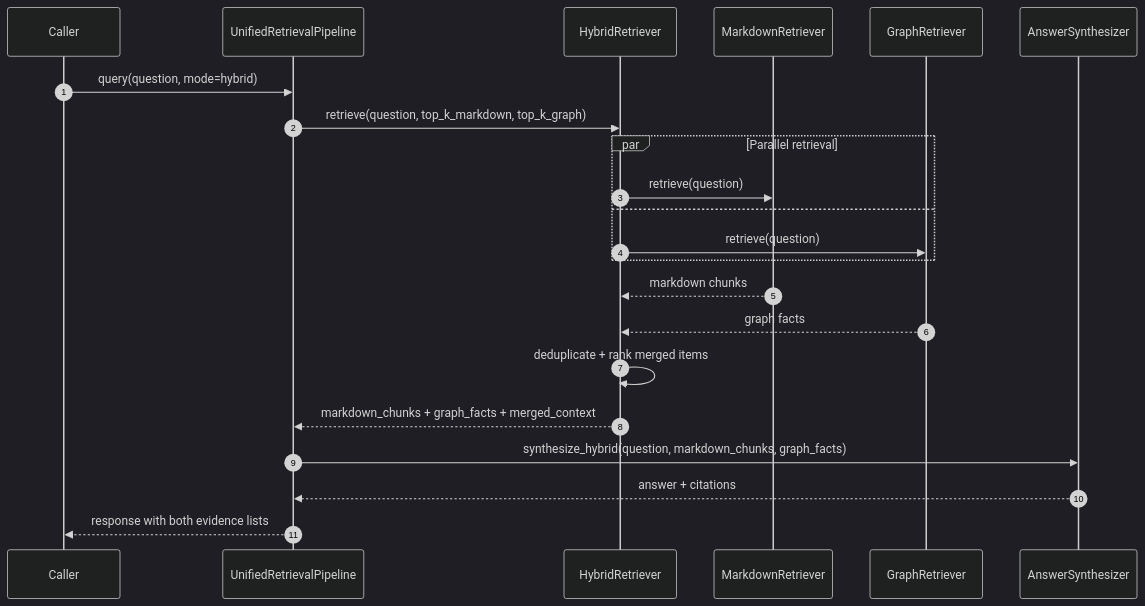
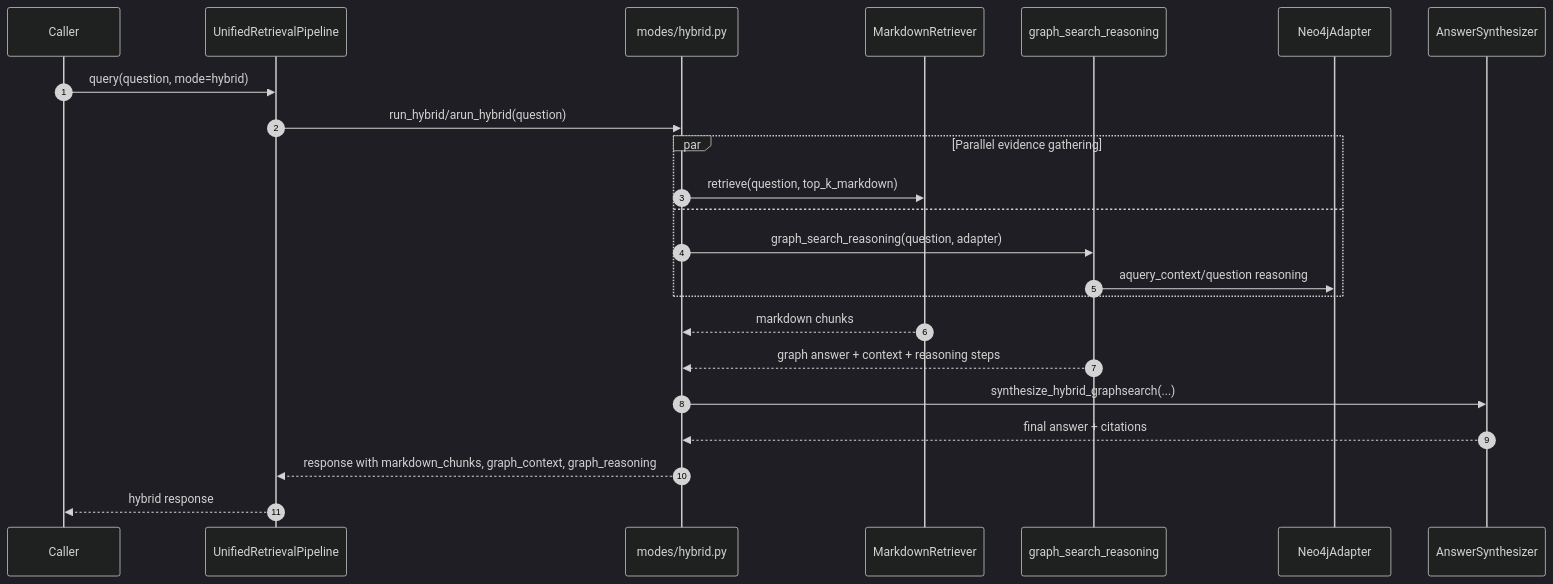
One commit to quyen20345/KGsAuto changed the sixth of 8 diagrams in services/rag_system/README.md. Above: the diagram before and after it, drawn with Mermaid (dark theme). The commit also changed other lines of this file and 9 other files, not shown here.

First line of the commit message:
feat(rag): split public modes and deepen hybrid search

````diff
--- a/services/rag_system/README.md
+++ b/services/rag_system/README.md
@@ -290,25 +300,26 @@
 ```mermaid
 sequenceDiagram
     autonumber
     participant Caller
     participant Pipeline as UnifiedRetrievalPipeline
-    participant Hybrid as HybridRetriever
+    participant Hybrid as modes/hybrid.py
     participant Markdown as MarkdownRetriever
-    participant Graph as GraphRetriever
+    participant Workflow as graph_search_reasoning
+    participant Adapter as Neo4jAdapter
     participant Synth as AnswerSynthesizer
 
     Caller->>Pipeline: query(question, mode=hybrid)
-    Pipeline->>Hybrid: retrieve(question, top_k_markdown, top_k_graph)
-    par Parallel retrieval
-        Hybrid->>Markdown: retrieve(question)
+    Pipeline->>Hybrid: run_hybrid/arun_hybrid(question)
+    par Parallel evidence gathering
+        Hybrid->>Markdown: retrieve(question, top_k_markdown)
         and
-        Hybrid->>Graph: retrieve(question)
+        Hybrid->>Workflow: graph_search_reasoning(question, adapter)
+        Workflow->>Adapter: aquery_context/question reasoning
     end
     Markdown-->>Hybrid: markdown chunks
-    Graph-->>Hybrid: graph facts
-    Hybrid->>Hybrid: deduplicate + rank merged items
-    Hybrid-->>Pipeline: markdown_chunks + graph_facts + merged_context
-    Pipeline->>Synth: synthesize_hybrid(question, markdown_chunks, graph_facts)
-    Synth-->>Pipeline: answer + citations
-    Pipeline-->>Caller: response with both evidence lists
+    Workflow-->>Hybrid: graph answer + context + reasoning steps
+    Hybrid->>Synth: synthesize_hybrid_graphsearch(...)
+    Synth-->>Hybrid: final answer + citations
+    Hybrid-->>Pipeline: response with markdown_chunks, graph_context, graph_reasoning
+    Pipeline-->>Caller: hybrid response
 ```
````
